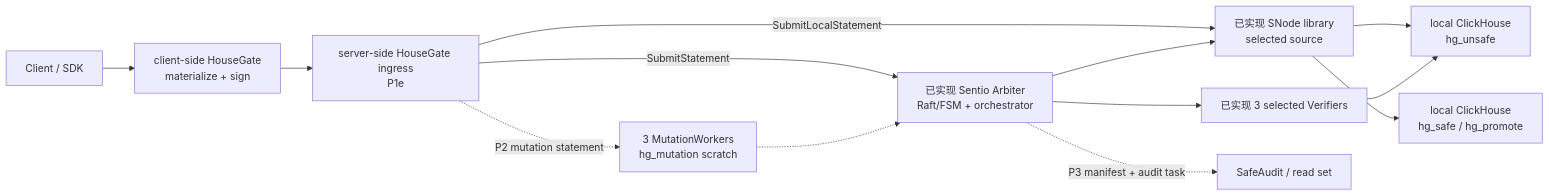
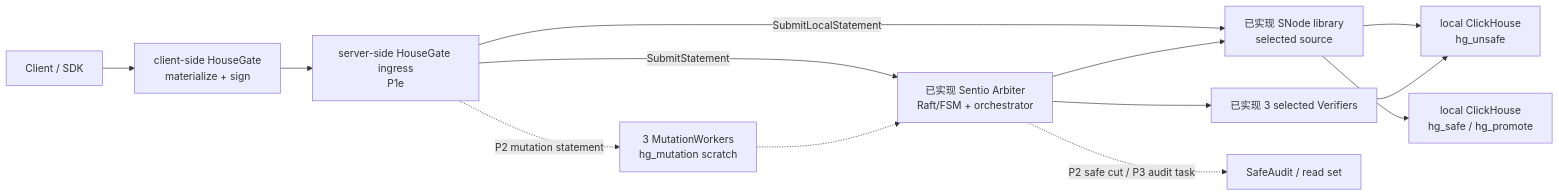
One commit to housegate/housegate changed the first of 4 diagrams in docs/superpowers/specs/2026-07-01-sentio-sequencer-storage-integrity-insert-bounded-update-delete-design.zh-CN.md. Above: the diagram before and after it, drawn with Mermaid. The commit also changed other lines of this file, not shown here.

Commit message:
docs: require atomic mutation publication cut

````diff
--- a/docs/superpowers/specs/2026-07-01-sentio-sequencer-storage-integrity-insert-bounded-update-delete-design.zh-CN.md
+++ b/docs/superpowers/specs/2026-07-01-sentio-sequencer-storage-integrity-insert-bounded-update-delete-design.zh-CN.md
@@ -30,17 +30,17 @@
 ```mermaid
 flowchart LR
   C["Client / SDK"] --> CHG["client-side HouseGate\nmaterialize + sign"]
   CHG --> I["server-side HouseGate ingress\nP1e"]
 
   I -->|"SubmitLocalStatement"| SN["已实现 SNode library\nselected source"]
   I -->|"SubmitStatement"| ARB["已实现 Sentio Arbiter\nRaft/FSM + orchestrator"]
   SN --> U["local ClickHouse\nhg_unsafe"]
   ARB --> VF["已实现 3 selected Verifiers"]
   VF --> U
   ARB --> SN
   SN --> S["local ClickHouse\nhg_safe / hg_promote"]
 
   I -.->|"P2 mutation statement"| MW["3 MutationWorkers\nhg_mutation scratch"]
   MW -.-> ARB
-  ARB -.->|"P3 manifest + audit task"| SA["SafeAudit / read set"]
+  ARB -.->|"P2 safe cut / P3 audit task"| SA["SafeAudit / read set"]
 ```
````
